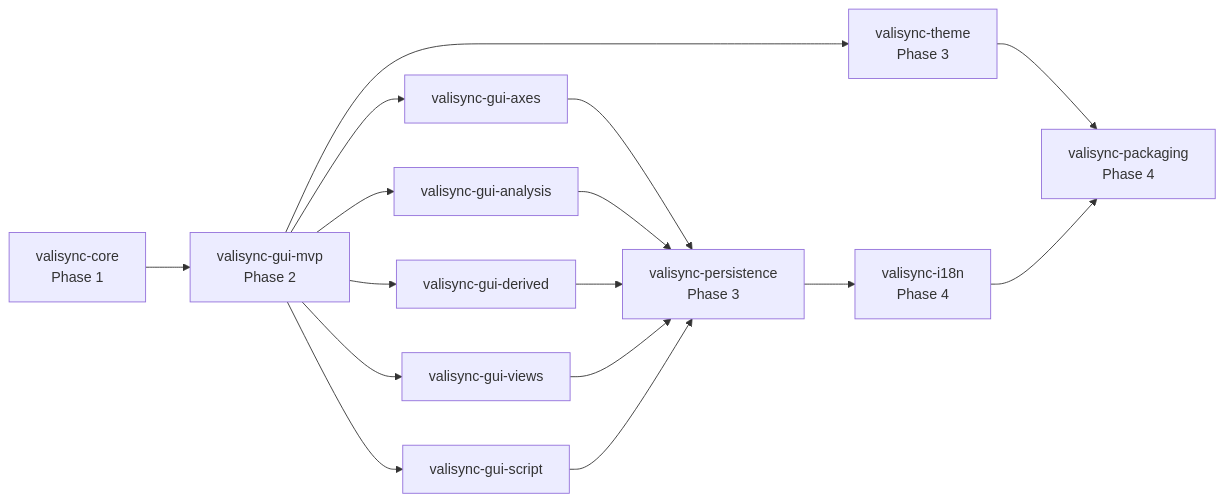
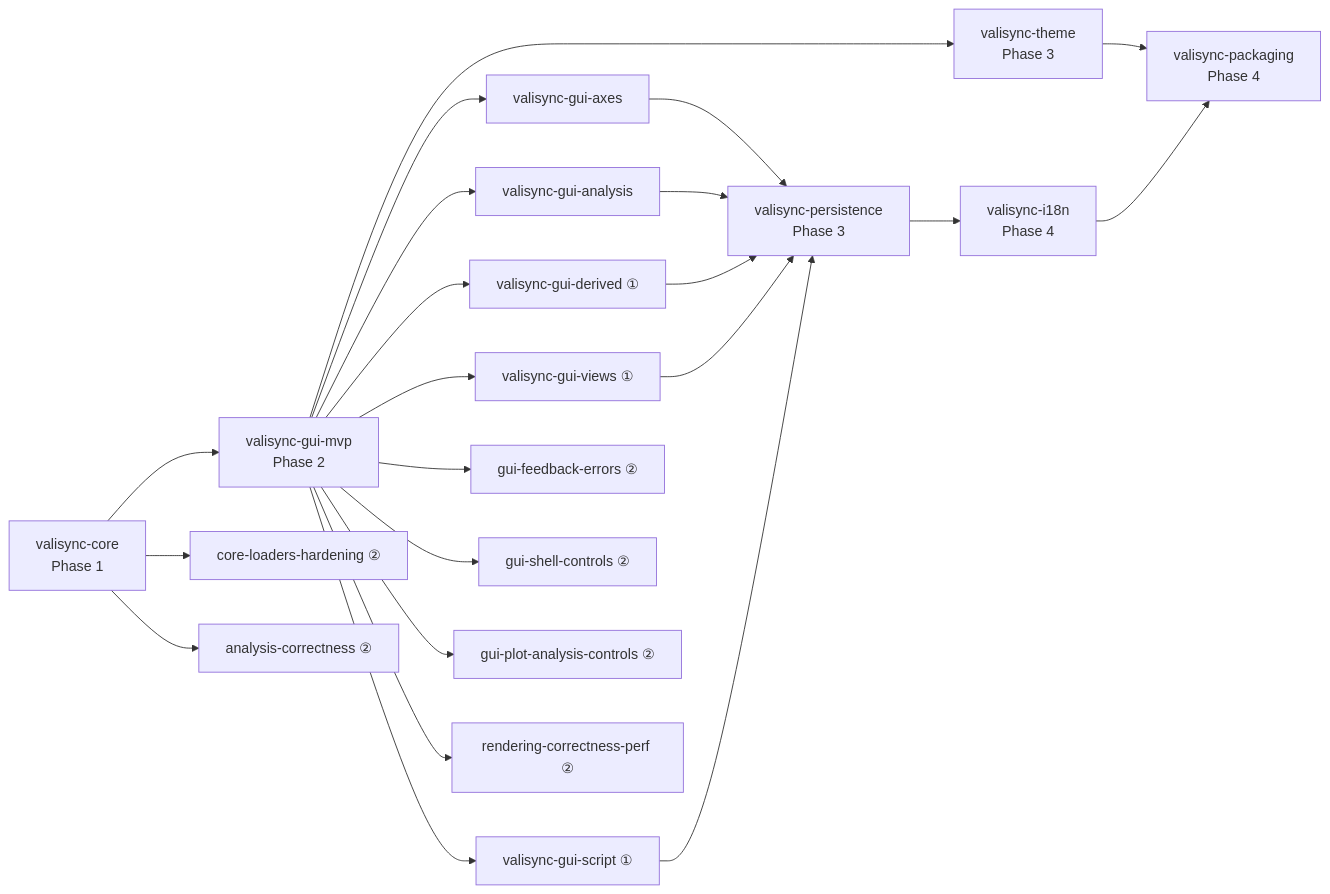
Before and after one commit to tsuru0413/valisync: the second of 2 diagrams in docs/roadmap.md, drawn with Mermaid. The commit also changed other lines of this file and 2 other files, not shown here.

````diff
--- a/docs/roadmap.md
+++ b/docs/roadmap.md
@@ -190,18 +209,24 @@
 ```mermaid
 graph LR
     CORE[valisync-core<br/>Phase 1] --> MVP[valisync-gui-mvp<br/>Phase 2]
     MVP --> AXES[valisync-gui-axes]
     MVP --> ANALYSIS[valisync-gui-analysis]
-    MVP --> DERIVED[valisync-gui-derived]
-    MVP --> VIEWS[valisync-gui-views]
-    MVP --> SCRIPT[valisync-gui-script]
+    MVP --> DERIVED[valisync-gui-derived ①]
+    MVP --> VIEWS[valisync-gui-views ①]
+    MVP --> SCRIPT[valisync-gui-script ①]
+    MVP --> FB[gui-feedback-errors ②]
+    MVP --> SH[gui-shell-controls ②]
+    MVP --> PC[gui-plot-analysis-controls ②]
+    MVP --> RN[rendering-correctness-perf ②]
+    CORE --> LD[core-loaders-hardening ②]
+    CORE --> AN[analysis-correctness ②]
     AXES --> PERSIST[valisync-persistence<br/>Phase 3]
     ANALYSIS --> PERSIST
     DERIVED --> PERSIST
     VIEWS --> PERSIST
     SCRIPT --> PERSIST
     MVP --> THEME[valisync-theme<br/>Phase 3]
     PERSIST --> I18N[valisync-i18n<br/>Phase 4]
     THEME --> PKG[valisync-packaging<br/>Phase 4]
     I18N --> PKG
 ```
````
